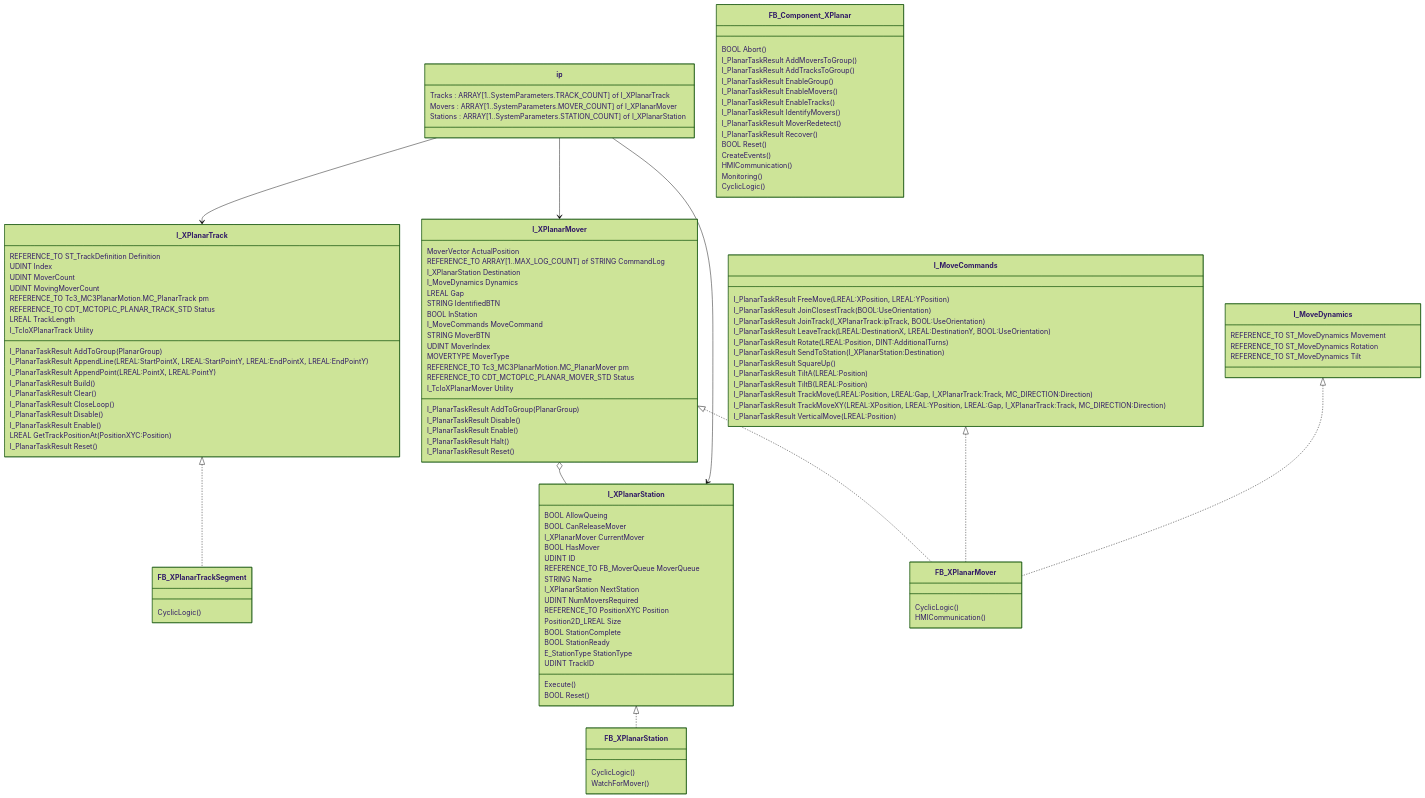
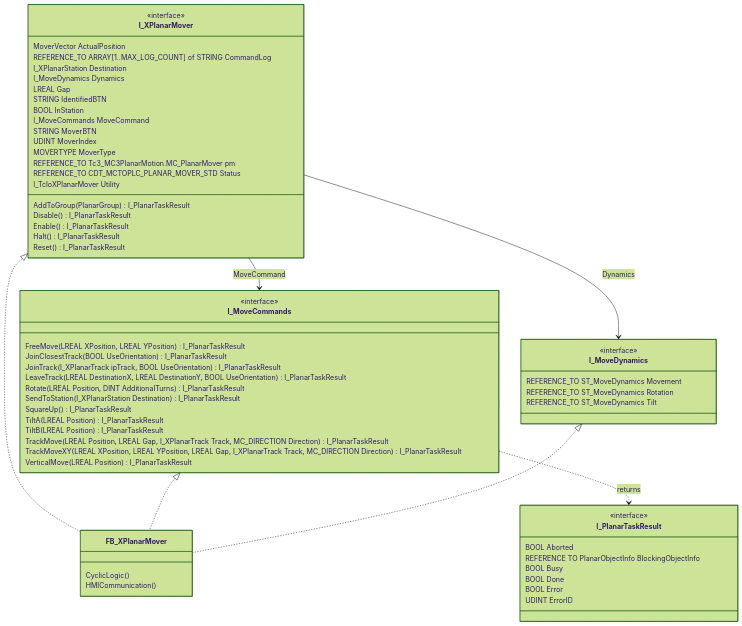
One commit to Beckhoff-USA-Community/XPlanarApplicationLibrary changed the third of 5 diagrams in docs/index.md. Above: the diagram before and after it, drawn with Mermaid (forest theme). The commit also changed other lines of this file, not shown here.

Commit message:
Split the class diagram into an overview and four subsystem diagrams

````diff
--- a/docs/index.md
+++ b/docs/index.md
@@ -5,134 +92,73 @@
 ```mermaid
 classDiagram
-    I_XPlanarTrack <|.. FB_XPlanarTrackSegment
-    I_XPlanarStation <|.. FB_XPlanarStation
-    I_XPlanarMover o-- I_XPlanarStation
+    direction TB
+
+    class I_XPlanarMover{
+        <<interface>>
+        MoverVector ActualPosition
+        REFERENCE_TO ARRAY[1..MAX_LOG_COUNT] of STRING CommandLog
+        I_XPlanarStation Destination
+        I_MoveDynamics Dynamics
+        LREAL Gap
+        STRING IdentifiedBTN
+        BOOL InStation
+        I_MoveCommands MoveCommand
+        STRING MoverBTN
+        UDINT MoverIndex
+        MOVERTYPE MoverType
+        REFERENCE_TO Tc3_MC3PlanarMotion.MC_PlanarMover pm
+        REFERENCE_TO CDT_MCTOPLC_PLANAR_MOVER_STD Status
+        I_TcIoXPlanarMover Utility
+        AddToGroup(PlanarGroup) I_PlanarTaskResult
+        Disable() I_PlanarTaskResult
+        Enable() I_PlanarTaskResult
+        Halt() I_PlanarTaskResult
+        Reset() I_PlanarTaskResult
+    }
+
+    class I_MoveCommands{
+        <<interface>>
+        FreeMove(LREAL XPosition, LREAL YPosition) I_PlanarTaskResult
+        JoinClosestTrack(BOOL UseOrientation) I_PlanarTaskResult
+        JoinTrack(I_XPlanarTrack ipTrack, BOOL UseOrientation) I_PlanarTaskResult
+        LeaveTrack(LREAL DestinationX, LREAL DestinationY, BOOL UseOrientation) I_PlanarTaskResult
+        Rotate(LREAL Position, DINT AdditionalTurns) I_PlanarTaskResult
+        SendToStation(I_XPlanarStation Destination) I_PlanarTaskResult
+        SquareUp() I_PlanarTaskResult
+        TiltA(LREAL Position) I_PlanarTaskResult
+        TiltB(LREAL Position) I_PlanarTaskResult
+        TrackMove(LREAL Position, LREAL Gap, I_XPlanarTrack Track, MC_DIRECTION Direction) I_PlanarTaskResult
+        TrackMoveXY(LREAL XPosition, LREAL YPosition, LREAL Gap, I_XPlanarTrack Track, MC_DIRECTION Direction) I_PlanarTaskResult
+        VerticalMove(LREAL Position) I_PlanarTaskResult
+    }
+
+    class I_MoveDynamics{
+        <<interface>>
+        REFERENCE_TO ST_MoveDynamics Movement
+        REFERENCE_TO ST_MoveDynamics Rotation
+        REFERENCE_TO ST_MoveDynamics Tilt
+    }
+
+    class I_PlanarTaskResult{
+        <<interface>>
+        BOOL Aborted
+        REFERENCE TO PlanarObjectInfo BlockingObjectInfo
+        BOOL Busy
+        BOOL Done
+        BOOL Error
+        UDINT ErrorID
+    }
+
+    class FB_XPlanarMover{
+        CyclicLogic()
+        HMICommunication()
+    }
+
     I_XPlanarMover <|.. FB_XPlanarMover
     I_MoveCommands <|.. FB_XPlanarMover
     I_MoveDynamics <|.. FB_XPlanarMover
 
-    ip --> I_XPlanarMover
-    ip --> I_XPlanarTrack
-    ip --> I_XPlanarStation
-
-    class FB_Component_XPlanar{
-      BOOL Abort()
-      I_PlanarTaskResult AddMoversToGroup()
-      I_PlanarTaskResult AddTracksToGroup()
-      I_PlanarTaskResult EnableGroup()
-      I_PlanarTaskResult EnableMovers()
-      I_PlanarTaskResult EnableTracks()
-      I_PlanarTaskResult IdentifyMovers()
-      I_PlanarTaskResult MoverRedetect()
-      I_PlanarTaskResult Recover()
-      BOOL Reset()
-      CreateEvents()
-      HMICommunication()
-      Monitoring()
-      CyclicLogic()
-    }
-    class I_XPlanarMover{
-      MoverVector ActualPosition
-      REFERENCE_TO ARRAY[1..MAX_LOG_COUNT] of STRING CommandLog
-      I_XPlanarStation Destination
-      I_MoveDynamics Dynamics
-      LREAL Gap
-      STRING IdentifiedBTN
-      BOOL InStation
-      I_MoveCommands MoveCommand
-      STRING MoverBTN
-      UDINT MoverIndex
-      MOVERTYPE MoverType
-      REFERENCE_TO Tc3_MC3PlanarMotion.MC_PlanarMover pm
-      REFERENCE_TO CDT_MCTOPLC_PLANAR_MOVER_STD Status
-      I_TcIoXPlanarMover Utility
-
-      I_PlanarTaskResult AddToGroup(PlanarGroup)
-      I_PlanarTaskResult Disable()
-      I_PlanarTaskResult Enable()
-      I_PlanarTaskResult Halt()
-      I_PlanarTaskResult Reset()
-    }
-
-    class I_MoveCommands{
-      I_PlanarTaskResult FreeMove(LREAL:XPosition, LREAL:YPosition)
-      I_PlanarTaskResult JoinClosestTrack(BOOL:UseOrientation)
-      I_PlanarTaskResult JoinTrack(I_XPlanarTrack:ipTrack, BOOL:UseOrientation)
-      I_PlanarTaskResult LeaveTrack(LREAL:DestinationX, LREAL:DestinationY, BOOL:UseOrientation)
-      I_PlanarTaskResult Rotate(LREAL:Position, DINT:AdditionalTurns)
-      I_PlanarTaskResult SendToStation(I_XPlanarStation:Destination)
-      I_PlanarTaskResult SquareUp()
-      I_PlanarTaskResult TiltA(LREAL:Position)
-      I_PlanarTaskResult TiltB(LREAL:Position)
-      I_PlanarTaskResult TrackMove(LREAL:Position, LREAL:Gap, I_XPlanarTrack:Track, MC_DIRECTION:Direction)
-      I_PlanarTaskResult TrackMoveXY(LREAL:XPosition, LREAL:YPosition, LREAL:Gap, I_XPlanarTrack:Track, MC_DIRECTION:Direction)
-      I_PlanarTaskResult VerticalMove(LREAL:Position)
-    }
-
-    class I_MoveDynamics{
-      REFERENCE_TO ST_MoveDynamics Movement
-      REFERENCE_TO ST_MoveDynamics Rotation
-      REFERENCE_TO ST_MoveDynamics Tilt
-    }
-
-    class FB_XPlanarMover{
-      CyclicLogic()
-      HMICommunication()
-    }
-    class I_XPlanarStation{
-      BOOL AllowQueing
-      BOOL CanReleaseMover
-      I_XPlanarMover CurrentMover
-      BOOL HasMover
-      UDINT ID
-      REFERENCE_TO FB_MoverQueue MoverQueue
-      STRING Name
-      I_XPlanarStation NextStation
-      UDINT NumMoversRequired
-      REFERENCE_TO PositionXYC Position
-      Position2D_LREAL Size
-      BOOL StationComplete
-      BOOL StationReady
-      E_StationType StationType
-      UDINT TrackID
-
-      Execute()
-      BOOL Reset()
-    }
-    class FB_XPlanarStation{
-      CyclicLogic()
-      WatchForMover()
-    }
-    class I_XPlanarTrack{
-      REFERENCE_TO ST_TrackDefinition Definition
-      UDINT Index
-      UDINT MoverCount
-      UDINT MovingMoverCount
-      REFERENCE_TO Tc3_MC3PlanarMotion.MC_PlanarTrack pm
-      REFERENCE_TO CDT_MCTOPLC_PLANAR_TRACK_STD Status
-      LREAL TrackLength
-      I_TcIoXPlanarTrack Utility
-
-      I_PlanarTaskResult AddToGroup(PlanarGroup)
-      I_PlanarTaskResult AppendLine(LREAL:StartPointX, LREAL:StartPointY, LREAL:EndPointX, LREAL:EndPointY)
-      I_PlanarTaskResult AppendPoint(LREAL:PointX, LREAL:PointY)
-      I_PlanarTaskResult Build()
-      I_PlanarTaskResult Clear()
-      I_PlanarTaskResult CloseLoop()
-      I_PlanarTaskResult Disable()
-      I_PlanarTaskResult Enable()
-      LREAL GetTrackPositionAt(PositionXYC:Position)
-      I_PlanarTaskResult Reset()
-
-    }
-    class FB_XPlanarTrackSegment{
-        CyclicLogic()
-    }
-
-    class ip{
-      Tracks : ARRAY[1..SystemParameters.TRACK_COUNT] of I_XPlanarTrack
-      Movers : ARRAY[1..SystemParameters.MOVER_COUNT] of I_XPlanarMover
-      Stations : ARRAY[1..SystemParameters.STATION_COUNT] of I_XPlanarStation
-    }
-
+    I_XPlanarMover --> I_MoveCommands : MoveCommand
+    I_XPlanarMover --> I_MoveDynamics : Dynamics
+    I_MoveCommands ..> I_PlanarTaskResult : returns
 ```
````
